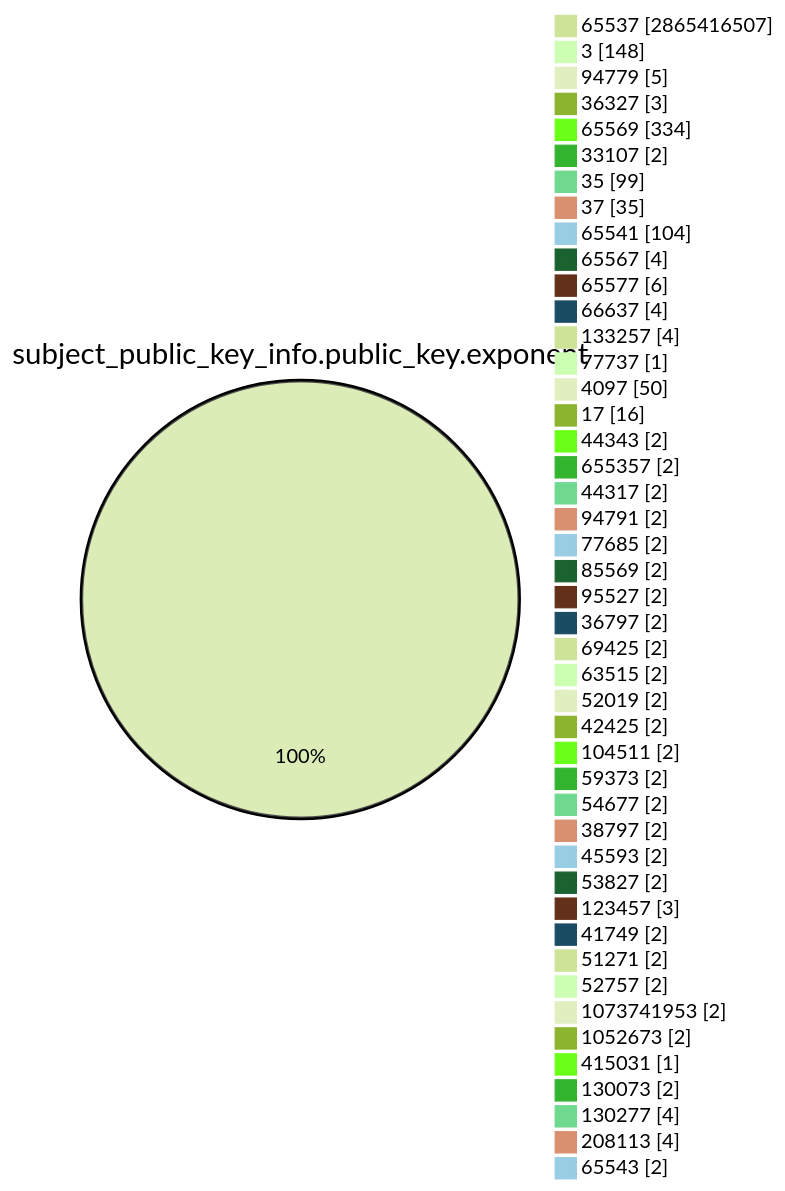
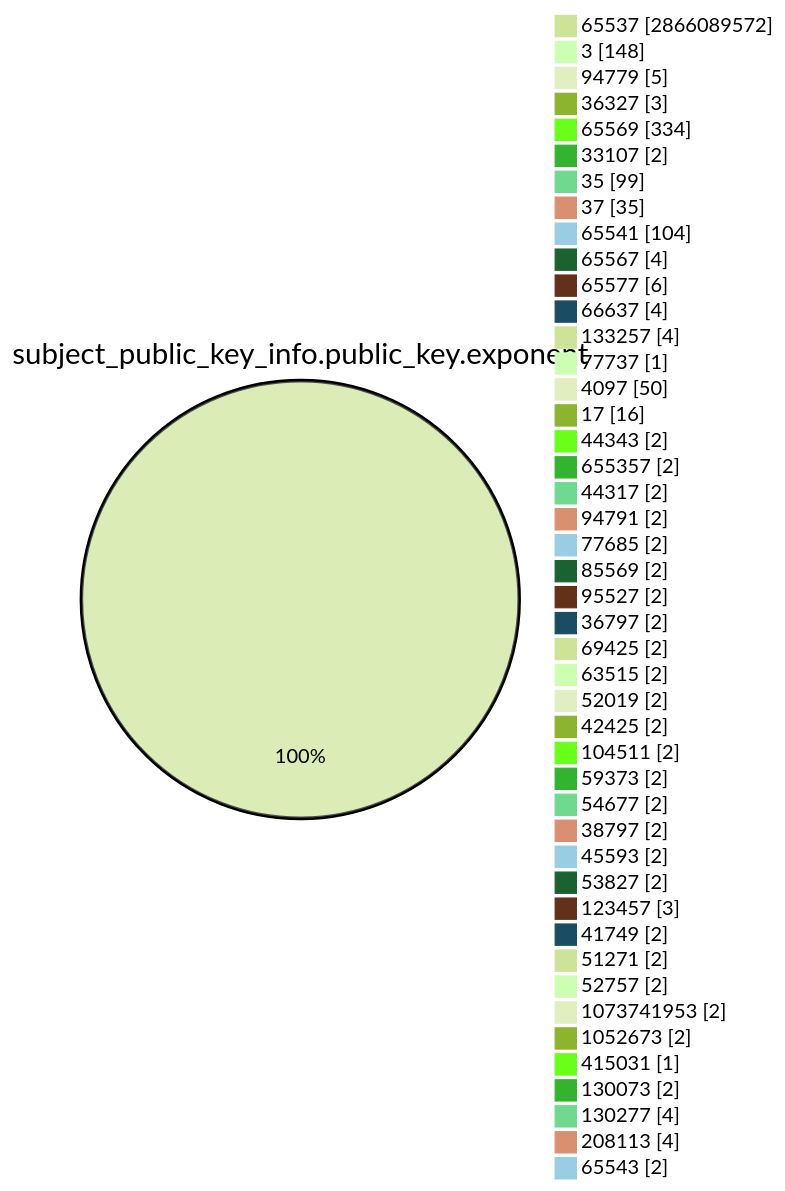
The fourth of 15 diagrams in TOTAL/README.md (christiankrug/ctmonitor_visualization), drawn with Mermaid (forest theme) before and after one commit. The commit also changed other lines of this file, not shown here.

````diff
--- a/TOTAL/README.md
+++ b/TOTAL/README.md
@@ -1468,49 +1468,49 @@
 ```mermaid
 pie showData
 title subject_public_key_info.public_key.exponent
-"65537" :2865416507
+"65537" :2866089572
 "3" :148
 "94779" :5
 "36327" :3
 "65569" :334
 "33107" :2
 "35" :99
 "37" :35
 "65541" :104
 "65567" :4
 "65577" :6
 "66637" :4
 "133257" :4
 "77737" :1
 "4097" :50
 "17" :16
 "44343" :2
 "655357" :2
 "44317" :2
 "94791" :2
 "77685" :2
 "85569" :2
 "95527" :2
 "36797" :2
 "69425" :2
 "63515" :2
 "52019" :2
 "42425" :2
 "104511" :2
 "59373" :2
 "54677" :2
 "38797" :2
 "45593" :2
 "53827" :2
 "123457" :3
 "41749" :2
 "51271" :2
 "52757" :2
 "1073741953" :2
 "1052673" :2
 "415031" :1
 "130073" :2
 "130277" :4
 "208113" :4
 "65543" :2
 ```
````
